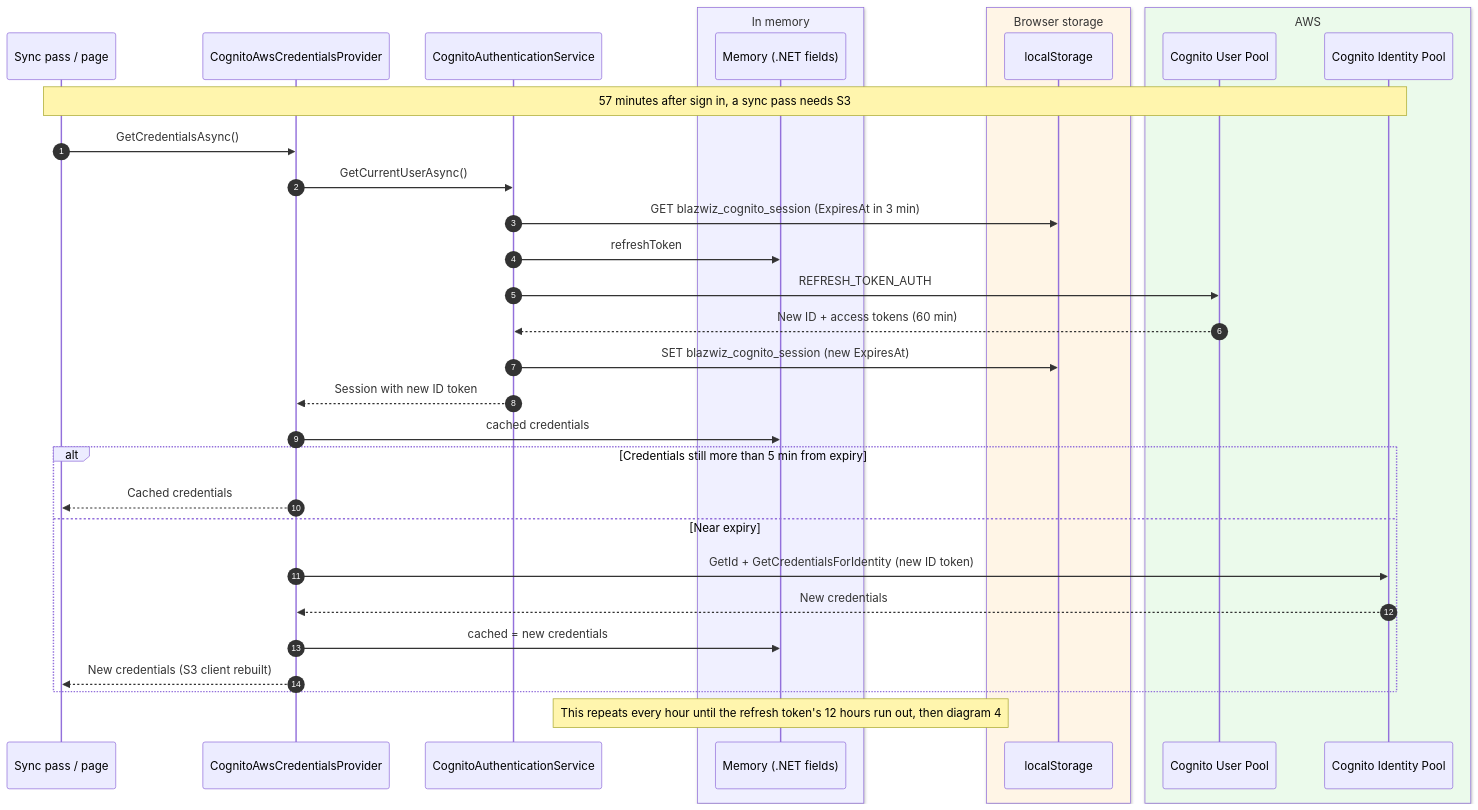
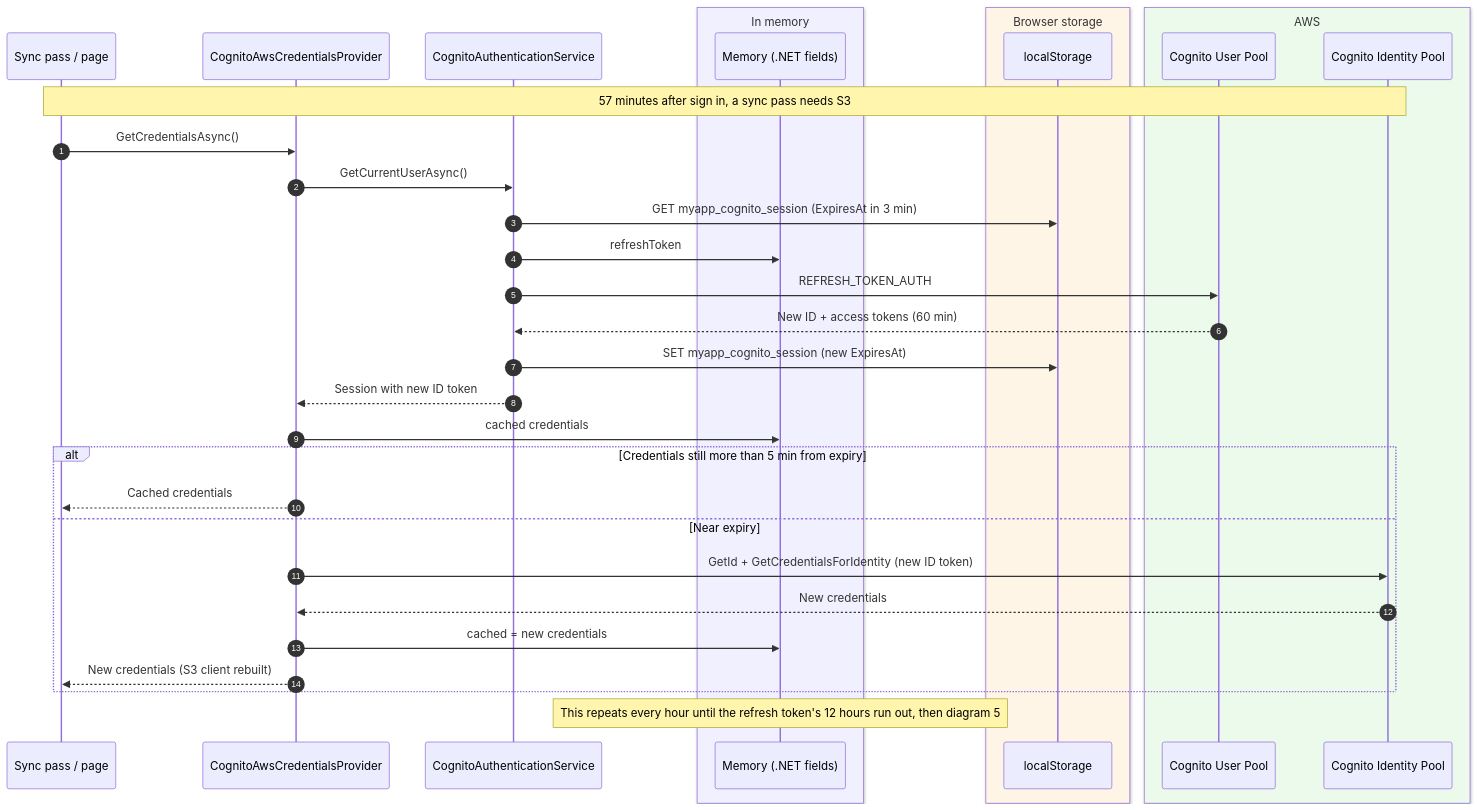
The fourth of 6 diagrams in docs/diagrams/session-management.md (devoctomy/blazwiz), drawn with Mermaid before and after one commit. The commit also changed other lines of this file and 9 other files, not shown here.

First line of the commit message:
chore: update to documents / diagrams and agents (#17)

````diff
--- a/docs/diagrams/session-management.md
+++ b/docs/diagrams/session-management.md
@@ -156,37 +215,37 @@
 ```mermaid
 sequenceDiagram
     autonumber
     participant Sync as Sync pass / page
     participant Creds as CognitoAwsCredentialsProvider
     participant Auth as CognitoAuthenticationService
     box rgb(240,240,255) In memory
         participant Mem as Memory (.NET fields)
     end
     box rgb(255,245,230) Browser storage
         participant LS as localStorage
     end
     box rgb(235,250,235) AWS
         participant UP as Cognito User Pool
         participant IP as Cognito Identity Pool
     end
 
     Note over Sync,IP: 57 minutes after sign in, a sync pass needs S3
     Sync->>Creds: GetCredentialsAsync()
     Creds->>Auth: GetCurrentUserAsync()
-    Auth->>LS: GET blazwiz_cognito_session (ExpiresAt in 3 min)
+    Auth->>LS: GET myapp_cognito_session (ExpiresAt in 3 min)
     Auth->>Mem: refreshToken
     Auth->>UP: REFRESH_TOKEN_AUTH
     UP-->>Auth: New ID + access tokens (60 min)
-    Auth->>LS: SET blazwiz_cognito_session (new ExpiresAt)
+    Auth->>LS: SET myapp_cognito_session (new ExpiresAt)
     Auth-->>Creds: Session with new ID token
     Creds->>Mem: cached credentials
     alt Credentials still more than 5 min from expiry
         Creds-->>Sync: Cached credentials
     else Near expiry
         Creds->>IP: GetId + GetCredentialsForIdentity (new ID token)
         IP-->>Creds: New credentials
         Creds->>Mem: cached = new credentials
         Creds-->>Sync: New credentials (S3 client rebuilt)
     end
-    Note over Mem: This repeats every hour until the refresh token's 12 hours run out, then diagram 4
+    Note over Mem: This repeats every hour until the refresh token's 12 hours run out, then diagram 5
 ```
````
